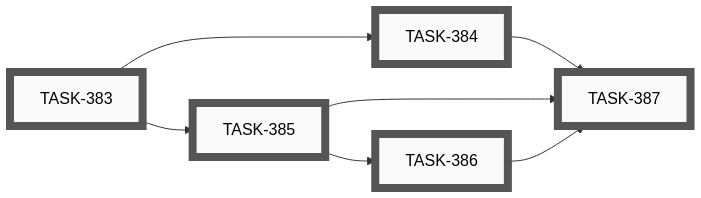
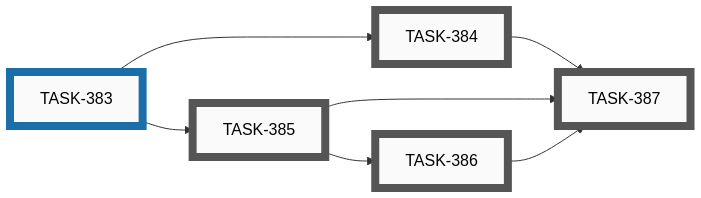
One commit to tgd1975/AwesomeGuitarPedal changed the tenth of 11 diagrams in docs/developers/tasks/EPICS.md. Above: the diagram before and after it, drawn with Mermaid. The commit also changed other lines of this file and 6 other files, not shown here.

````diff
--- a/docs/developers/tasks/EPICS.md
+++ b/docs/developers/tasks/EPICS.md
@@ -374,27 +374,27 @@
 ```mermaid
 graph LR
-    TASK_383["TASK-383"]:::open
     TASK_384["TASK-384"]:::open
     TASK_385["TASK-385"]:::open
     TASK_386["TASK-386"]:::open
     TASK_387["TASK-387"]:::open
+    TASK_383["TASK-383"]:::active
     TASK_383 --> TASK_384
     TASK_383 --> TASK_385
     TASK_385 --> TASK_386
     TASK_384 --> TASK_387
     TASK_385 --> TASK_387
     TASK_386 --> TASK_387
-    click TASK_383 "open/task-383-wiring-test-tool-env-makefile-scaffolding.md"
     click TASK_384 "open/task-384-wiring-test-tool-button-mode.md"
     click TASK_385 "open/task-385-wiring-test-tool-led-group-modes.md"
     click TASK_386 "open/task-386-wiring-test-tool-led-individual-mode.md"
     click TASK_387 "open/task-387-wiring-test-tool-final-bindings-help-legend-builder-doc.md"
+    click TASK_383 "active/task-383-wiring-test-tool-env-makefile-scaffolding.md"
     classDef open    fill:#FAFAFA,stroke:#555,stroke-width:8px,color:#000
     classDef active  fill:#FAFAFA,stroke:#1A6FA8,stroke-width:8px,color:#000
     classDef closed  fill:#FAFAFA,stroke:#3F8B53,stroke-width:8px,color:#000
     classDef paused  fill:#FAFAFA,stroke:#B07810,stroke-width:8px,color:#000
     classDef openExt    fill:#000,stroke:#888,stroke-width:8px,color:#FFF
     classDef activeExt  fill:#000,stroke:#3FA9F5,stroke-width:8px,color:#FFF
     classDef closedExt  fill:#000,stroke:#7CC68A,stroke-width:8px,color:#FFF
     classDef pausedExt  fill:#000,stroke:#F0B030,stroke-width:8px,color:#FFF
 ```
````
